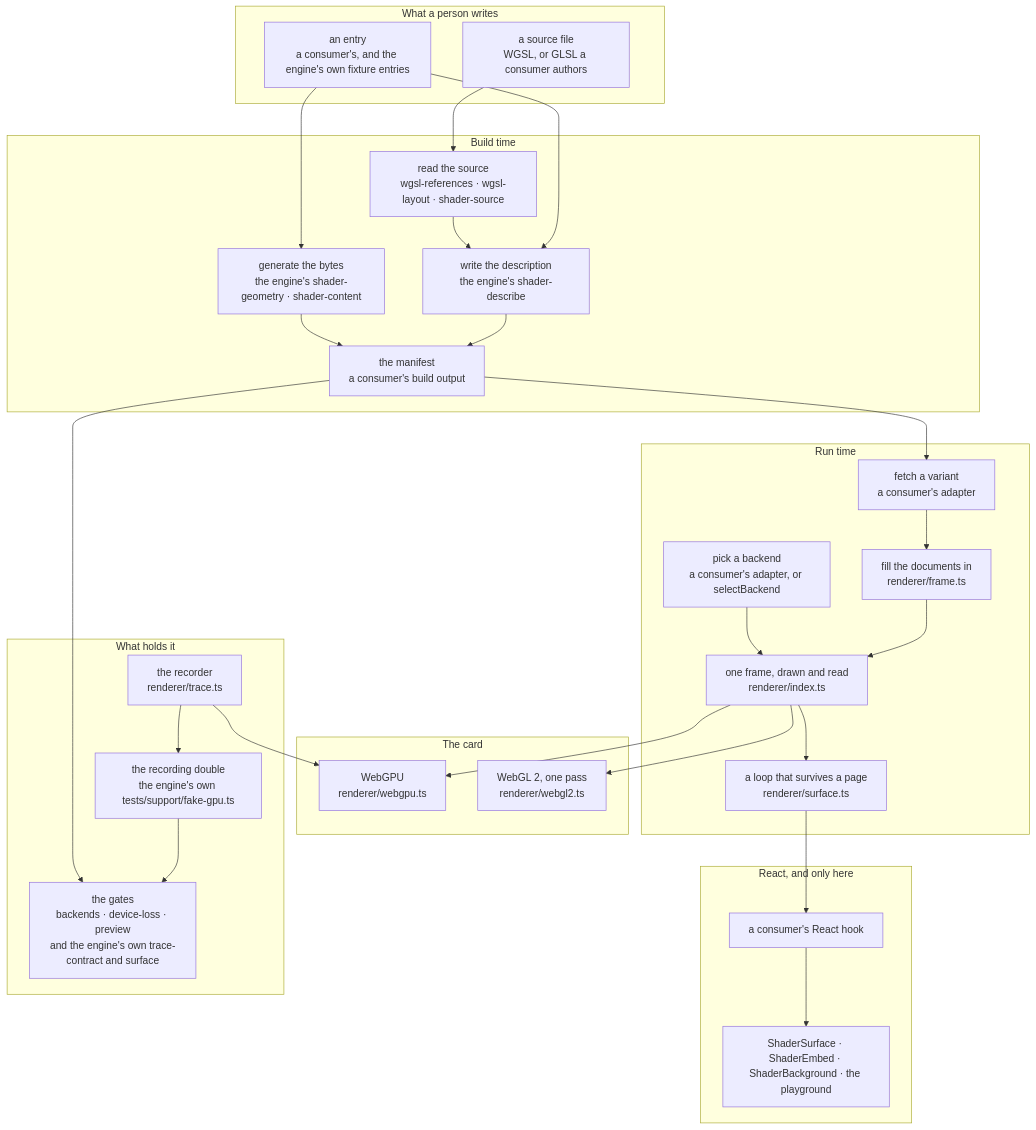
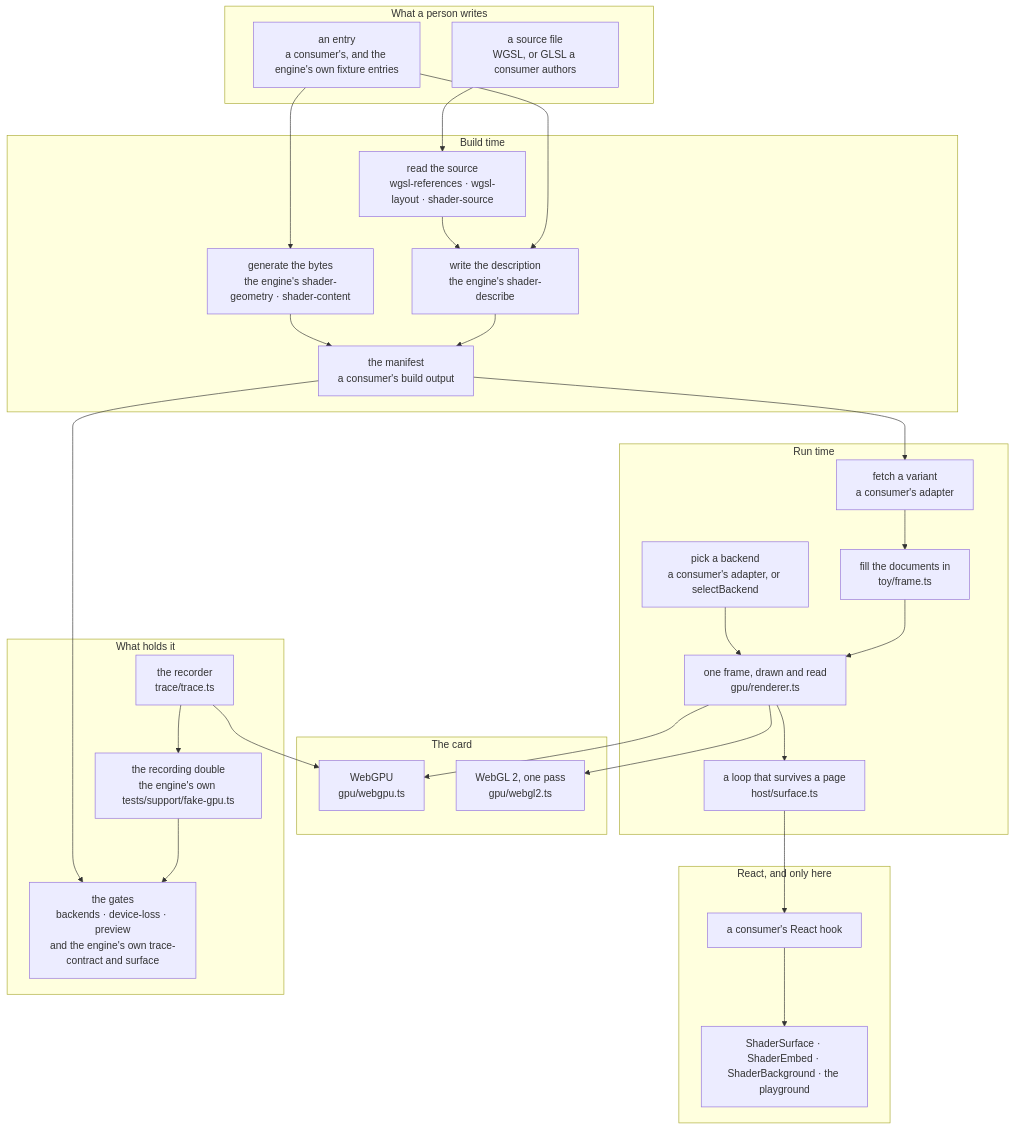
Before and after one commit to altpsyche/altpsyche-engine: the diagram in docs/ABSTRACTION.md, drawn with Mermaid. The commit also changed other lines of this file and 64 other files, not shown here.

````diff
--- a/docs/ABSTRACTION.md
+++ b/docs/ABSTRACTION.md
@@ -15,58 +15,58 @@
 ```mermaid
 flowchart TB
     subgraph author["What a person writes"]
         src["a source file<br/>WGSL, or GLSL a consumer authors"]
         entry["an entry<br/>a consumer's, and the engine's own fixture entries"]
     end
 
     subgraph build["Build time"]
         read["read the source<br/>wgsl-references · wgsl-layout · shader-source"]
         describe["write the description<br/>the engine's shader-describe"]
         gen["generate the bytes<br/>the engine's shader-geometry · shader-content"]
         manifest["the manifest<br/>a consumer's build output"]
     end
 
     subgraph runtime["Run time"]
         artefacts["fetch a variant<br/>a consumer's adapter"]
-        frame["fill the documents in<br/>renderer/frame.ts"]
+        frame["fill the documents in<br/>toy/frame.ts"]
         choose["pick a backend<br/>a consumer's adapter, or selectBackend"]
-        oneshot["one frame, drawn and read<br/>renderer/index.ts"]
-        live["a loop that survives a page<br/>renderer/surface.ts"]
+        oneshot["one frame, drawn and read<br/>gpu/renderer.ts"]
+        live["a loop that survives a page<br/>host/surface.ts"]
     end
 
     subgraph device["The card"]
-        wgpu["WebGPU<br/>renderer/webgpu.ts"]
-        wgl["WebGL 2, one pass<br/>renderer/webgl2.ts"]
+        wgpu["WebGPU<br/>gpu/webgpu.ts"]
+        wgl["WebGL 2, one pass<br/>gpu/webgl2.ts"]
     end
 
     subgraph react["React, and only here"]
         hook["a consumer's React hook"]
         comps["ShaderSurface · ShaderEmbed · ShaderBackground · the playground"]
     end
 
     subgraph proof["What holds it"]
         dbl["the recording double<br/>the engine's own tests/support/fake-gpu.ts"]
-        rec["the recorder<br/>renderer/trace.ts"]
+        rec["the recorder<br/>trace/trace.ts"]
         gates["the gates<br/>backends · device-loss · preview<br/>and the engine's own trace-contract and surface"]
     end
 
     src --> read
     entry --> describe
     read --> describe
     entry --> gen
     describe --> manifest
     gen --> manifest
     manifest --> artefacts
     artefacts --> frame
     frame --> oneshot
     choose --> oneshot
     oneshot --> wgpu
     oneshot --> wgl
     oneshot --> live
     live --> hook
     hook --> comps
     rec --> wgpu
     rec --> dbl
     dbl --> gates
     manifest --> gates
 ```
````
